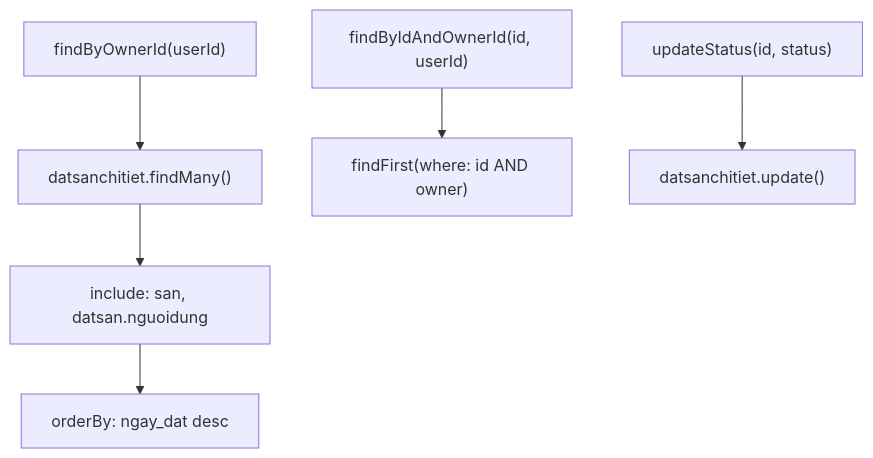
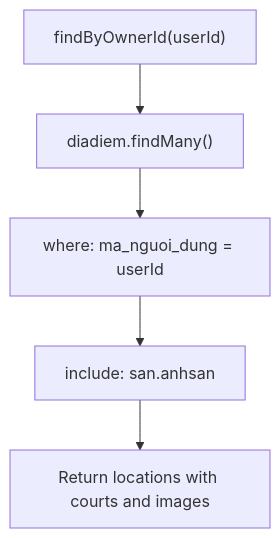
Before and after one commit to nguyencongtrung2001/Do-An: the sixth of 11 diagrams in .qoder/repowiki/en/content/Backend Architecture/Data Access Layer.md, drawn with Mermaid. The commit also changed other lines of this file and 12 other files, not shown here.

````diff
--- a/.qoder/repowiki/en/content/Backend Architecture/Data Access Layer.md
+++ b/.qoder/repowiki/en/content/Backend Architecture/Data Access Layer.md
@@ -365,8 +365,7 @@
 ```mermaid
 flowchart TD
-A["findByOwnerId(userId)"] --> B["datsanchitiet.findMany()"]
-B --> C["include: san, datsan.nguoidung"]
-C --> D["orderBy: ngay_dat desc"]
-E["findByIdAndOwnerId(id, userId)"] --> F["findFirst(where: id AND owner)"]
-G["updateStatus(id, status)"] --> H["datsanchitiet.update()"]
+A["findByOwnerId(userId)"] --> B["diadiem.findMany()"]
+B --> C["where: ma_nguoi_dung = userId"]
+C --> D["include: san.anhsan"]
+D --> E["Return locations with courts and images"]
 ```
````
